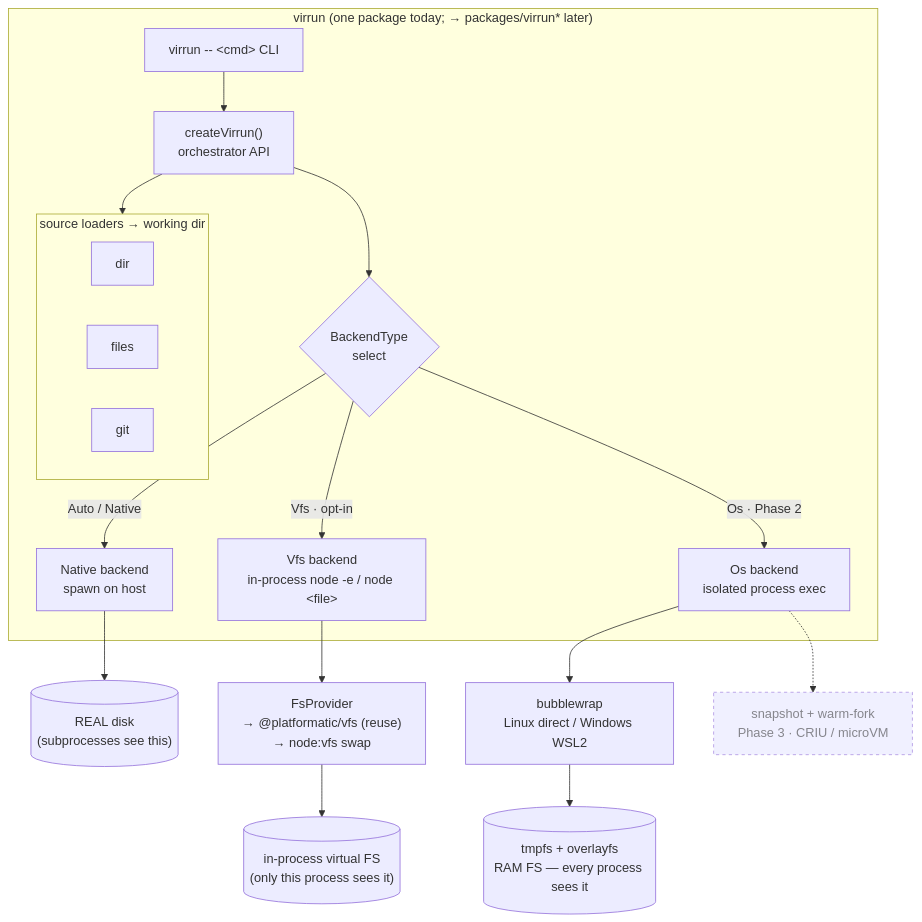
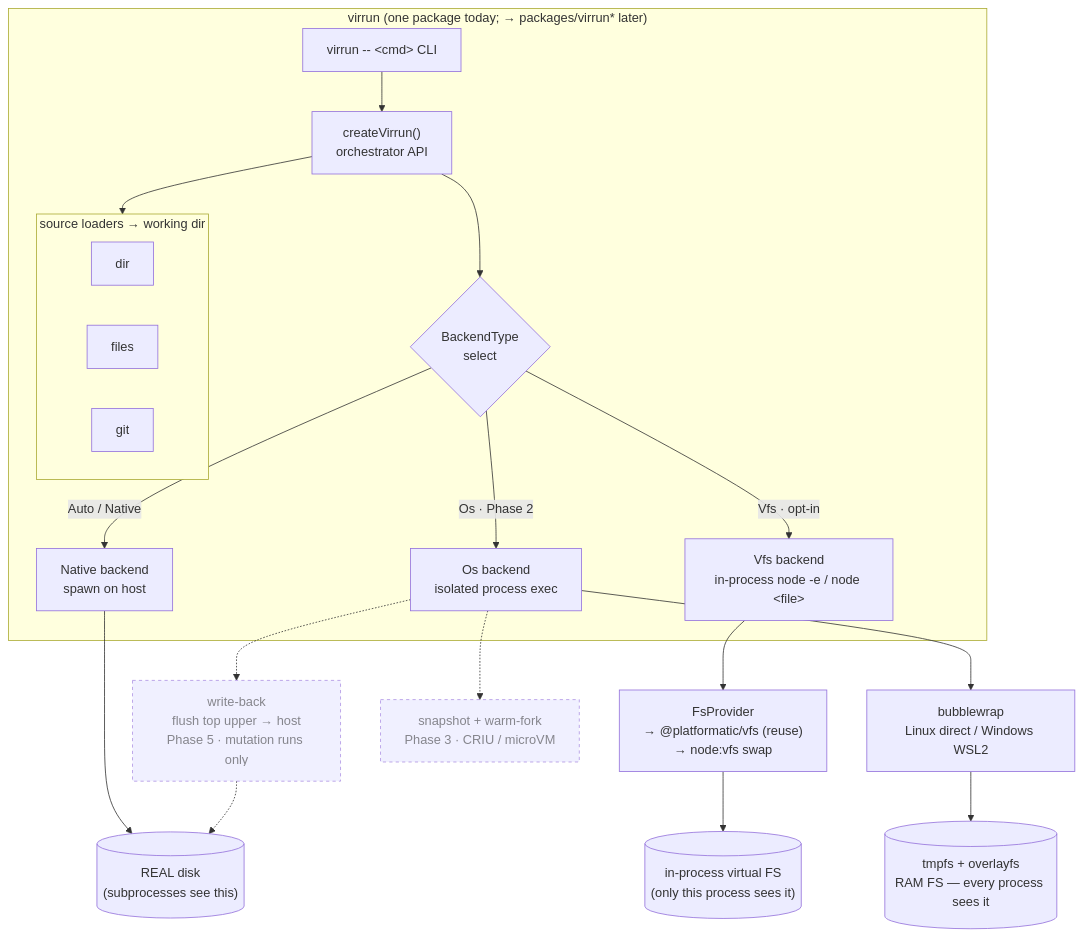
The first of 2 diagrams in features/virrun/architecture.md (Esposter/Esposter), drawn with Mermaid before and after one commit. The commit also changed other lines of this file and 12 other files, not shown here.

````diff
--- a/features/virrun/architecture.md
+++ b/features/virrun/architecture.md
@@ -11,31 +11,34 @@
 ```mermaid
 flowchart TB
     subgraph pkg["virrun (one package today; → packages/virrun* later)"]
         cli["virrun -- &lt;cmd&gt; CLI"]
         api["createVirrun()\norchestrator API"]
         cli --> api
 
         subgraph src["source loaders → working dir"]
             direction LR
             dir["dir"]
             files["files"]
             git["git"]
         end
         api --> src
 
         api --> pick{"BackendType\nselect"}
         pick -->|Auto / Native| native["Native backend\nspawn on host"]
         pick -->|Vfs · opt-in| vfs["Vfs backend\nin-process node -e / node &lt;file&gt;"]
         pick -->|Os · Phase 2| os["Os backend\nisolated process exec"]
     end
 
     native --> disk[("REAL disk\n(subprocesses see this)")]
     vfs --> fsp["FsProvider\n→ @platformatic/vfs (reuse)\n→ node:vfs swap"]
     fsp --> vmem[("in-process virtual FS\n(only this process sees it)")]
     os --> sandboxprim["bubblewrap\nLinux direct / Windows WSL2"]
     sandboxprim --> ram[("tmpfs + overlayfs\nRAM FS — every process sees it")]
     os -.-> snap["snapshot + warm-fork\nPhase 3 · CRIU / microVM"]
+    os -.-> wb["write-back\nflush top upper → host\nPhase 5 · mutation runs only"]
+    wb -.-> disk
 
     classDef planned stroke-dasharray:4 4,opacity:0.75;
     class snap planned;
+    class wb planned;
 ```
````
